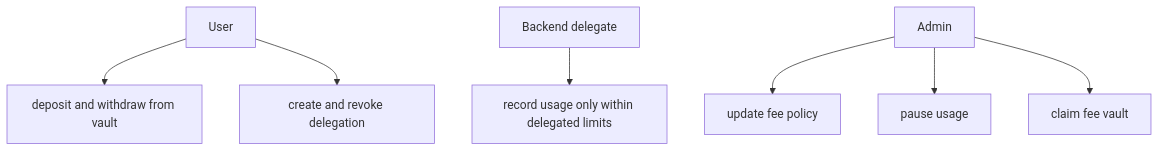
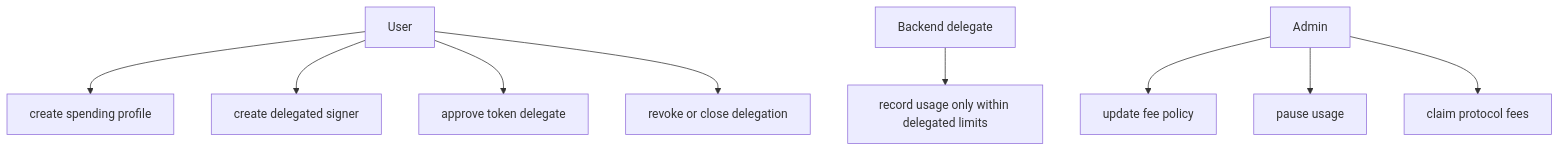
The diagram in contract/security.mdx (FajarArrizki/docs), drawn with Mermaid before and after one commit. The commit also changed other lines of this file and 11 other files, not shown here.

````diff
--- a/contract/security.mdx
+++ b/contract/security.mdx
@@ -10,11 +10,13 @@
 ```mermaid
 flowchart TD
-    A[User] --> A1[deposit and withdraw from vault]
-    A --> A2[create and revoke delegation]
+    A[User] --> A1[create spending profile]
+    A --> A2[create delegated signer]
+    A --> A3[approve token delegate]
+    A --> A4[revoke or close delegation]
 
     B[Backend delegate] --> B1[record usage only within delegated limits]
 
     C[Admin] --> C1[update fee policy]
     C --> C2[pause usage]
-    C --> C3[claim fee vault]
+    C --> C3[claim protocol fees]
 ```
````
